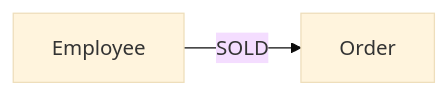
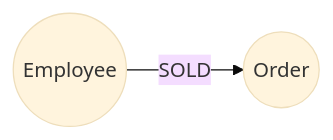
One commit to neo4j-graphacademy/courses changed the sixth of 8 diagrams in asciidoc/courses/workshop-importing/modules/3-importing-data/lessons/4-importing-relationships/lesson.adoc. Above: the diagram before and after it, drawn with Mermaid (base theme). The commit also changed other lines of this file and 15 other files, not shown here.

````diff
--- a/asciidoc/courses/workshop-importing/modules/3-importing-data/lessons/4-importing-relationships/lesson.adoc
+++ b/asciidoc/courses/workshop-importing/modules/3-importing-data/lessons/4-importing-relationships/lesson.adoc
@@ -157,4 +157,4 @@
 ```mermaid
 graph LR
-    A[Employee] -->|SOLD| B[Order]
+    A((Employee)) -->|SOLD| B((Order))
 ```
````
